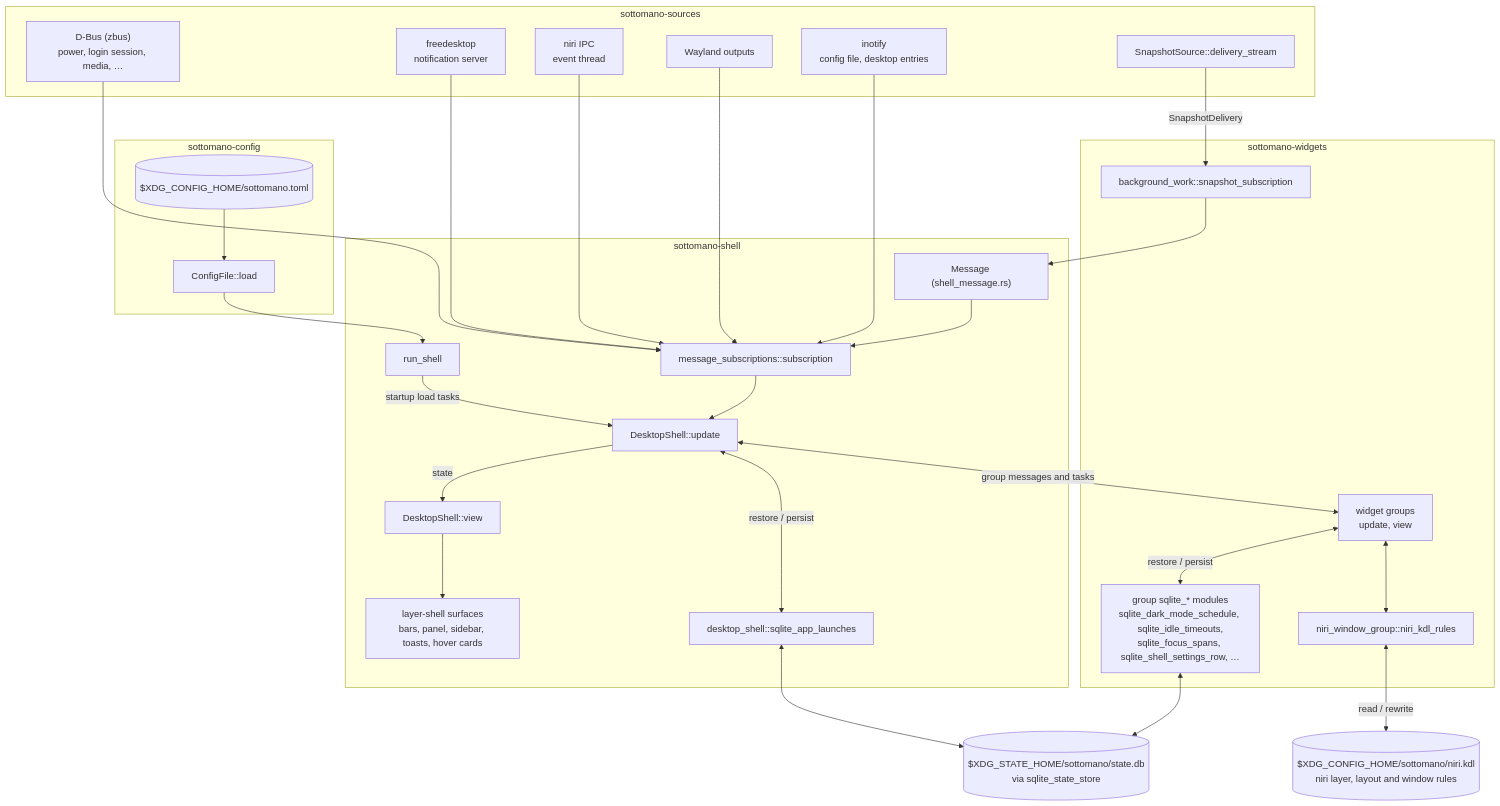
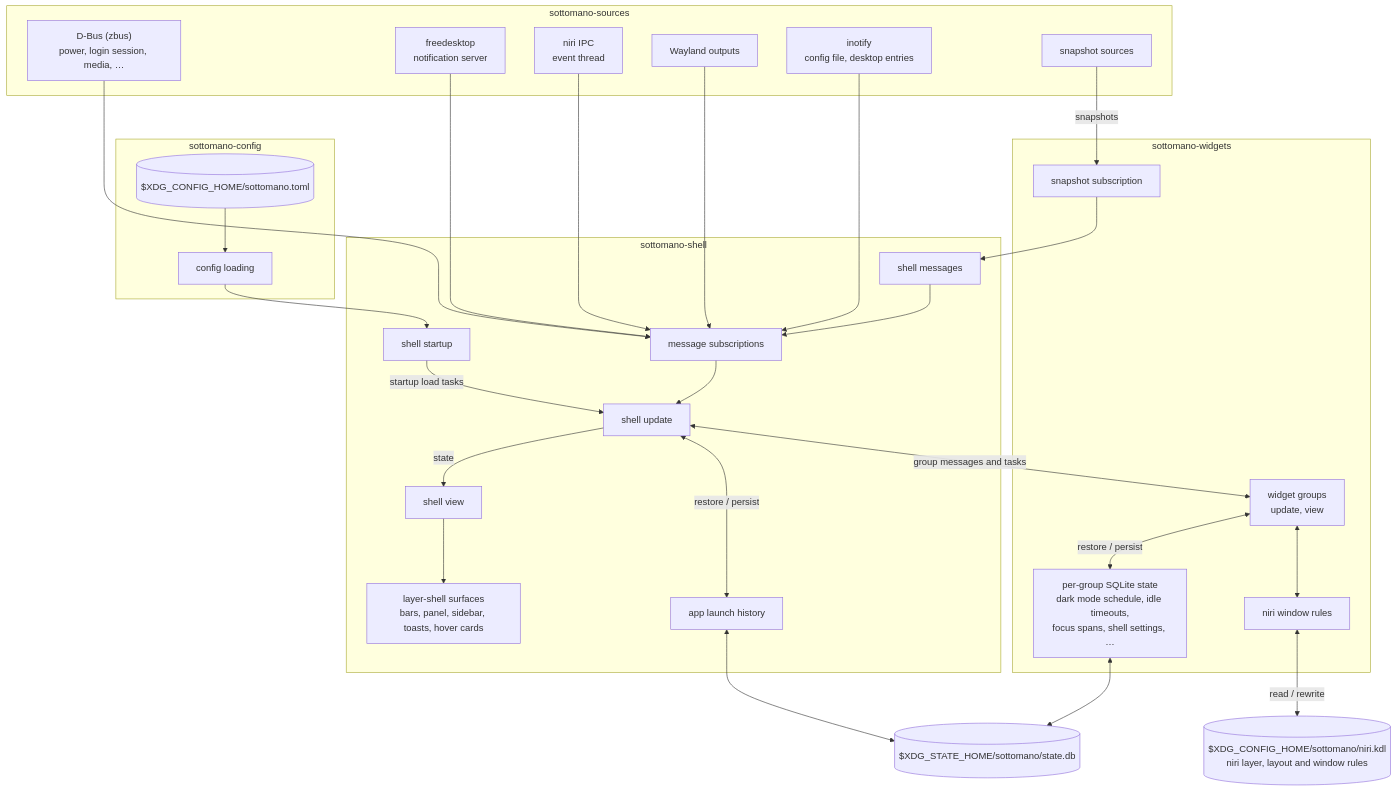
Before and after one commit to wvhulle/sottomano: the first of 3 diagrams in docs/development.md, drawn with Mermaid. The commit also changed other lines of this file and 3 other files, not shown here.

````diff
--- a/docs/development.md
+++ b/docs/development.md
@@ -30,53 +30,53 @@
 ```mermaid
 flowchart TB
   subgraph sources_crate [sottomano-sources]
     desktop_bus["D-Bus (zbus)<br>power, login session, media, …"]
     notification_server["freedesktop<br>notification server"]
     niri_event_thread["niri IPC<br>event thread"]
     wayland_outputs["Wayland outputs"]
     file_watches["inotify<br>config file, desktop entries"]
-    snapshot_sources["SnapshotSource::delivery_stream"]
+    snapshot_sources["snapshot sources"]
   end
 
   subgraph config_crate [sottomano-config]
     config_file[("$XDG_CONFIG_HOME/sottomano.toml")]
-    config_loading["ConfigFile::load"]
+    config_loading["config loading"]
     config_file --> config_loading
   end
 
   subgraph widgets_crate [sottomano-widgets]
-    snapshot_subscription["background_work::snapshot_subscription"]
+    snapshot_subscription["snapshot subscription"]
     widget_groups["widget groups<br>update, view"]
-    group_stores["group sqlite_* modules<br>sqlite_dark_mode_schedule, sqlite_idle_timeouts,<br>sqlite_focus_spans, sqlite_shell_settings_row, …"]
-    niri_kdl_rules["niri_window_group::niri_kdl_rules"]
+    group_stores["per-group SQLite state<br>dark mode schedule, idle timeouts,<br>focus spans, shell settings, …"]
+    niri_kdl_rules["niri window rules"]
     widget_groups <-->|restore / persist| group_stores
     widget_groups <--> niri_kdl_rules
   end
 
   subgraph shell_crate [sottomano-shell]
-    run_shell["run_shell"]
-    shell_message["Message (shell_message.rs)"]
-    message_subscriptions["message_subscriptions::subscription"]
-    shell_update["DesktopShell::update"]
-    shell_view["DesktopShell::view"]
-    sqlite_app_launches["desktop_shell::sqlite_app_launches"]
+    shell_startup["shell startup"]
+    shell_message["shell messages"]
+    message_subscriptions["message subscriptions"]
+    shell_update["shell update"]
+    shell_view["shell view"]
+    app_launch_store["app launch history"]
     layer_surfaces["layer-shell surfaces<br>bars, panel, sidebar, toasts, hover cards"]
-    run_shell -->|startup load tasks| shell_update
+    shell_startup -->|startup load tasks| shell_update
     shell_message --> message_subscriptions
     message_subscriptions --> shell_update
     shell_update -->|state| shell_view
     shell_view --> layer_surfaces
-    shell_update <-->|restore / persist| sqlite_app_launches
+    shell_update <-->|restore / persist| app_launch_store
   end
 
-  sqlite_state_store[("$XDG_STATE_HOME/sottomano/state.db<br>via sqlite_state_store")]
+  state_database[("$XDG_STATE_HOME/sottomano/state.db")]
   niri_kdl_file[("$XDG_CONFIG_HOME/sottomano/niri.kdl<br>niri layer, layout and window rules")]
 
-  config_loading --> run_shell
+  config_loading --> shell_startup
   desktop_bus & notification_server & niri_event_thread & wayland_outputs & file_watches --> message_subscriptions
-  snapshot_sources -->|SnapshotDelivery| snapshot_subscription
+  snapshot_sources -->|snapshots| snapshot_subscription
   snapshot_subscription --> shell_message
   shell_update <-->|group messages and tasks| widget_groups
-  group_stores & sqlite_app_launches <--> sqlite_state_store
+  group_stores & app_launch_store <--> state_database
   niri_kdl_rules <-->|read / rewrite| niri_kdl_file
 ```
````
